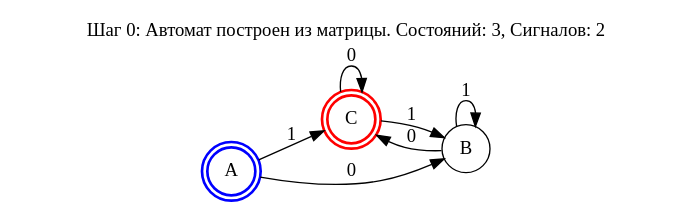
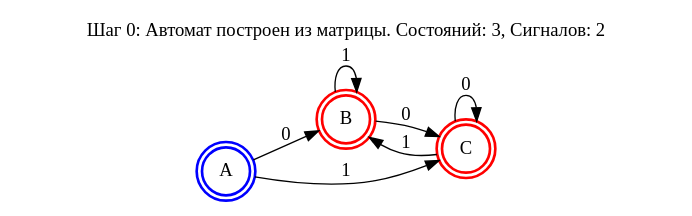
One commit to Denismelnikoww/Theory2 changed the diagram in Automat2/bin/Debug/net8.0/automaton_steps/determinized.dot. Above: the diagram before and after it, drawn with Graphviz. The commit also changed 29 other files, not shown here.

```diff
--- a/Automat2/bin/Debug/net8.0/automaton_steps/determinized.dot
+++ b/Automat2/bin/Debug/net8.0/automaton_steps/determinized.dot
@@ -1,15 +1,15 @@
 digraph G {
   rankdir=LR;
   node [shape = circle];
   labelloc="t";
   label="Шаг 0: Автомат построен из матрицы. Состояний: 3, Сигналов: 2";
   A [label="A", shape=doublecircle, style=bold, color=blue];
+  B [label="B", shape=doublecircle, peripheries=2, style=bold, color=red];
   C [label="C", shape=doublecircle, peripheries=2, style=bold, color=red];
-  B [label="B", shape=circle];
   A -> B [label="0"];
   A -> C [label="1"];
   B -> C [label="0"];
   B -> B [label="1"];
   C -> C [label="0"];
   C -> B [label="1"];
 }
```
